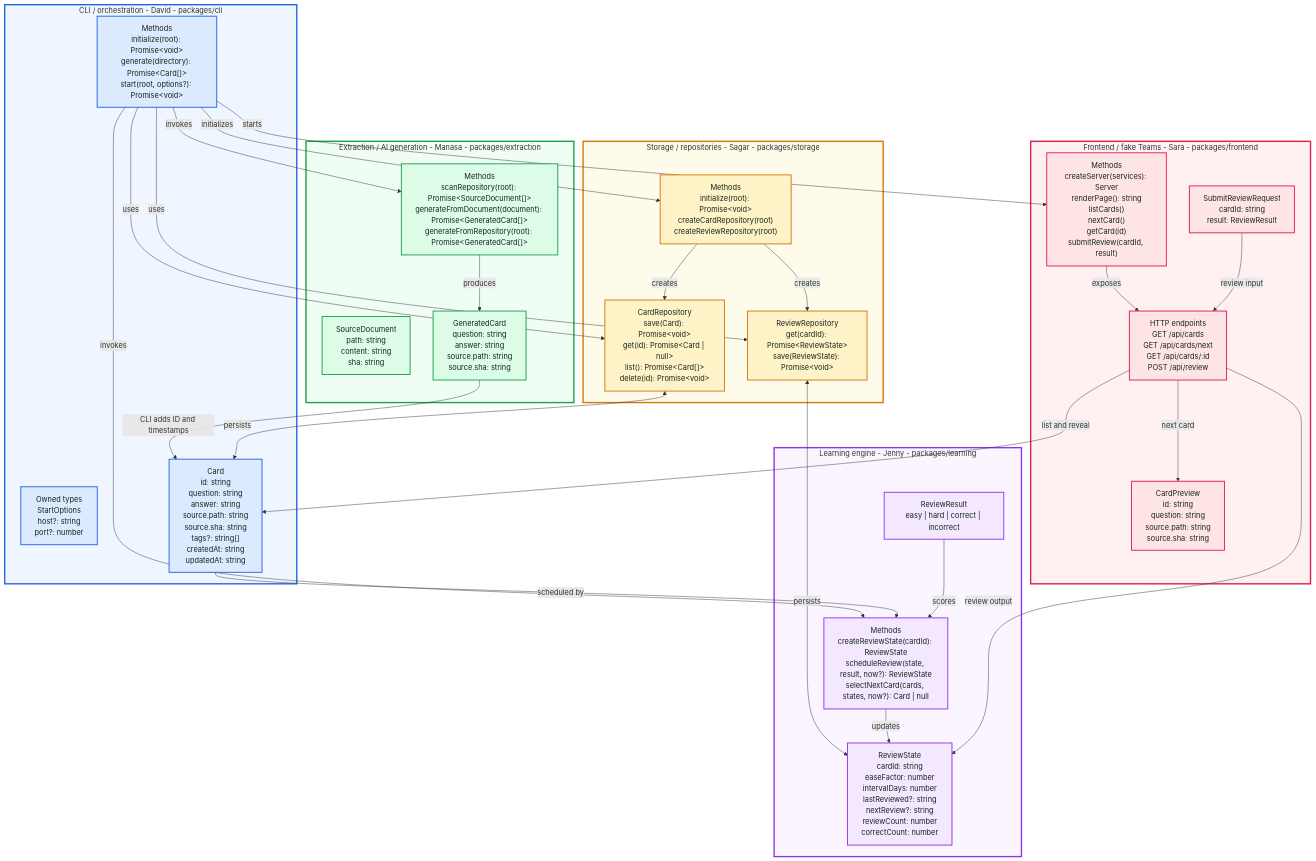
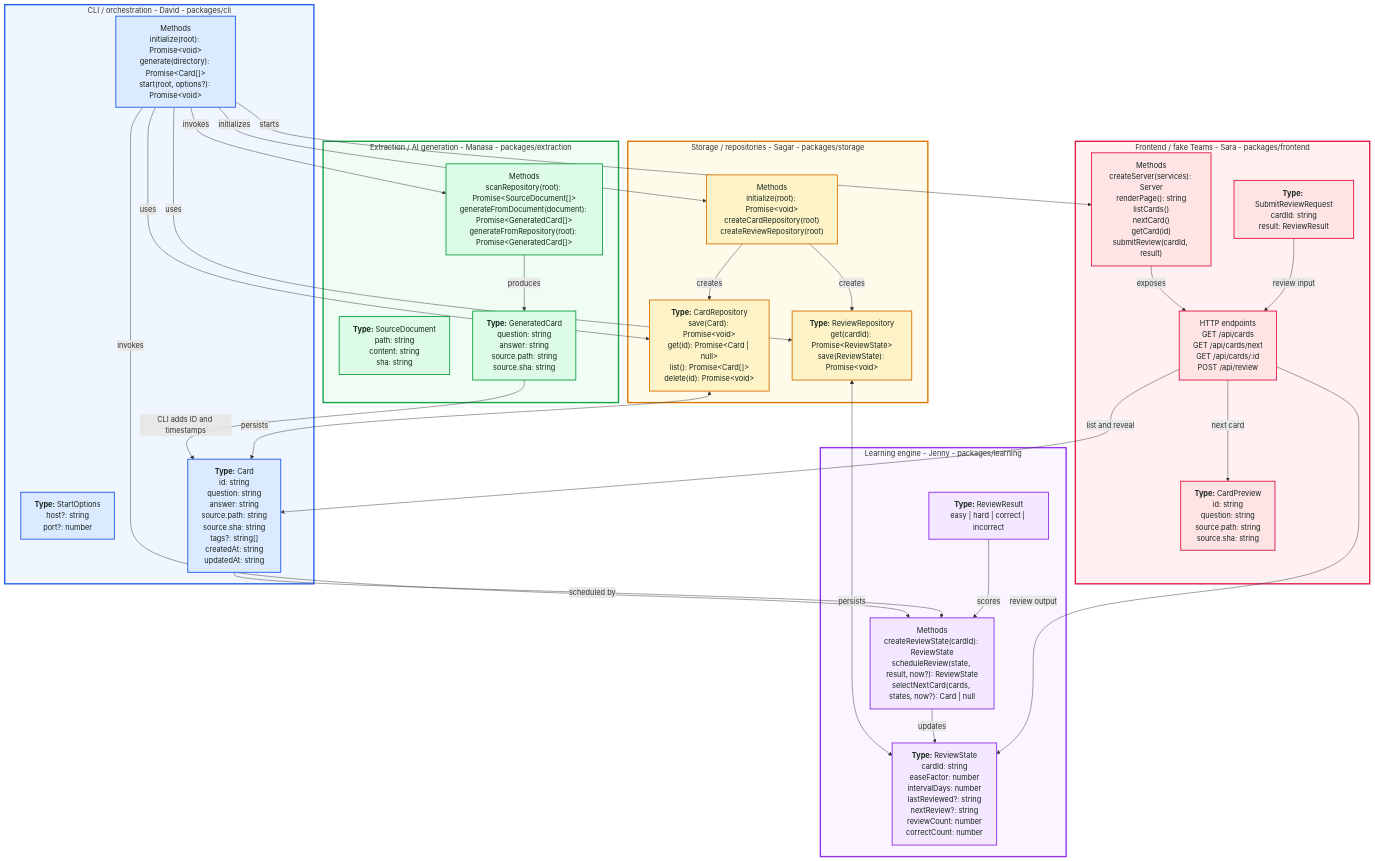
One commit to flashlearn-ai/flashlearn changed the diagram in README.md. Above: the diagram before and after it, drawn with Mermaid.

Commit message:
Label contract types in architecture map

````diff
--- a/README.md
+++ b/README.md
@@ -87,70 +87,70 @@
 ```mermaid
 flowchart TB
   subgraph CLI["CLI / orchestration - David - packages/cli"]
     CliMethods["Methods<br/>initialize(root): Promise&lt;void&gt;<br/>generate(directory): Promise&lt;Card[]&gt;<br/>start(root, options?): Promise&lt;void&gt;"]
-    CliTypes["Owned types<br/>StartOptions<br/>host?: string<br/>port?: number"]
-    Card["Card<br/>id: string<br/>question: string<br/>answer: string<br/>source.path: string<br/>source.sha: string<br/>tags?: string[]<br/>createdAt: string<br/>updatedAt: string"]
+    CliTypes["<b>Type:</b> StartOptions<br/>host?: string<br/>port?: number"]
+    Card["<b>Type:</b> Card<br/>id: string<br/>question: string<br/>answer: string<br/>source.path: string<br/>source.sha: string<br/>tags?: string[]<br/>createdAt: string<br/>updatedAt: string"]
   end
 
   subgraph Extraction["Extraction / AI generation - Manasa - packages/extraction"]
     ExtractionMethods["Methods<br/>scanRepository(root): Promise&lt;SourceDocument[]&gt;<br/>generateFromDocument(document): Promise&lt;GeneratedCard[]&gt;<br/>generateFromRepository(root): Promise&lt;GeneratedCard[]&gt;"]
-    SourceDocument["SourceDocument<br/>path: string<br/>content: string<br/>sha: string"]
-    GeneratedCard["GeneratedCard<br/>question: string<br/>answer: string<br/>source.path: string<br/>source.sha: string"]
+    SourceDocument["<b>Type:</b> SourceDocument<br/>path: string<br/>content: string<br/>sha: string"]
+    GeneratedCard["<b>Type:</b> GeneratedCard<br/>question: string<br/>answer: string<br/>source.path: string<br/>source.sha: string"]
   end
 
   subgraph Storage["Storage / repositories - Sagar - packages/storage"]
     StorageMethods["Methods<br/>initialize(root): Promise&lt;void&gt;<br/>createCardRepository(root)<br/>createReviewRepository(root)"]
-    CardRepo["CardRepository<br/>save(Card): Promise&lt;void&gt;<br/>get(id): Promise&lt;Card | null&gt;<br/>list(): Promise&lt;Card[]&gt;<br/>delete(id): Promise&lt;void&gt;"]
-    ReviewRepo["ReviewRepository<br/>get(cardId): Promise&lt;ReviewState&gt;<br/>save(ReviewState): Promise&lt;void&gt;"]
+    CardRepo["<b>Type:</b> CardRepository<br/>save(Card): Promise&lt;void&gt;<br/>get(id): Promise&lt;Card | null&gt;<br/>list(): Promise&lt;Card[]&gt;<br/>delete(id): Promise&lt;void&gt;"]
+    ReviewRepo["<b>Type:</b> ReviewRepository<br/>get(cardId): Promise&lt;ReviewState&gt;<br/>save(ReviewState): Promise&lt;void&gt;"]
   end
 
   subgraph Learning["Learning engine - Jenny - packages/learning"]
     LearningMethods["Methods<br/>createReviewState(cardId): ReviewState<br/>scheduleReview(state, result, now?): ReviewState<br/>selectNextCard(cards, states, now?): Card | null"]
-    ReviewState["ReviewState<br/>cardId: string<br/>easeFactor: number<br/>intervalDays: number<br/>lastReviewed?: string<br/>nextReview?: string<br/>reviewCount: number<br/>correctCount: number"]
-    ReviewResult["ReviewResult<br/>easy | hard | correct | incorrect"]
+    ReviewState["<b>Type:</b> ReviewState<br/>cardId: string<br/>easeFactor: number<br/>intervalDays: number<br/>lastReviewed?: string<br/>nextReview?: string<br/>reviewCount: number<br/>correctCount: number"]
+    ReviewResult["<b>Type:</b> ReviewResult<br/>easy | hard | correct | incorrect"]
   end
 
   subgraph Frontend["Frontend / fake Teams - Sara - packages/frontend"]
     FrontendMethods["Methods<br/>createServer(services): Server<br/>renderPage(): string<br/>listCards()<br/>nextCard()<br/>getCard(id)<br/>submitReview(cardId, result)"]
-    CardPreview["CardPreview<br/>id: string<br/>question: string<br/>source.path: string<br/>source.sha: string"]
-    ReviewRequest["SubmitReviewRequest<br/>cardId: string<br/>result: ReviewResult"]
+    CardPreview["<b>Type:</b> CardPreview<br/>id: string<br/>question: string<br/>source.path: string<br/>source.sha: string"]
+    ReviewRequest["<b>Type:</b> SubmitReviewRequest<br/>cardId: string<br/>result: ReviewResult"]
     Endpoints["HTTP endpoints<br/>GET /api/cards<br/>GET /api/cards/next<br/>GET /api/cards/:id<br/>POST /api/review"]
   end
 
   CliMethods -->|invokes| ExtractionMethods
   ExtractionMethods -->|produces| GeneratedCard
   GeneratedCard -->|CLI adds ID and timestamps| Card
   CliMethods -->|uses| CardRepo
   CliMethods -->|uses| ReviewRepo
   CliMethods -->|initializes| StorageMethods
   StorageMethods -->|creates| CardRepo
   StorageMethods -->|creates| ReviewRepo
   CardRepo <-->|persists| Card
   ReviewRepo <-->|persists| ReviewState
   CliMethods -->|invokes| LearningMethods
   Card -->|scheduled by| LearningMethods
   ReviewResult -->|scores| LearningMethods
   LearningMethods -->|updates| ReviewState
   CliMethods -->|starts| FrontendMethods
   FrontendMethods -->|exposes| Endpoints
   Endpoints -->|list and reveal| Card
   Endpoints -->|next card| CardPreview
   ReviewRequest -->|review input| Endpoints
   Endpoints -->|review output| ReviewState
 
   classDef cli fill:#dbeafe,color:#17251d,stroke:#2563eb,stroke-width:2px;
   classDef extraction fill:#dcfce7,color:#17251d,stroke:#16a34a,stroke-width:2px;
   classDef storage fill:#fef3c7,color:#17251d,stroke:#d97706,stroke-width:2px;
   classDef learning fill:#f3e8ff,color:#17251d,stroke:#9333ea,stroke-width:2px;
   classDef frontend fill:#ffe4e6,color:#17251d,stroke:#e11d48,stroke-width:2px;
   class CliMethods,CliTypes,Card cli;
   class ExtractionMethods,SourceDocument,GeneratedCard extraction;
   class StorageMethods,CardRepo,ReviewRepo storage;
   class LearningMethods,ReviewState,ReviewResult learning;
   class FrontendMethods,CardPreview,ReviewRequest,Endpoints frontend;
   style CLI fill:#eff6ff,stroke:#2563eb,stroke-width:3px
   style Extraction fill:#f0fdf4,stroke:#16a34a,stroke-width:3px
   style Storage fill:#fffbeb,stroke:#d97706,stroke-width:3px
   style Learning fill:#faf5ff,stroke:#9333ea,stroke-width:3px
   style Frontend fill:#fff1f2,stroke:#e11d48,stroke-width:3px
 ```
````
